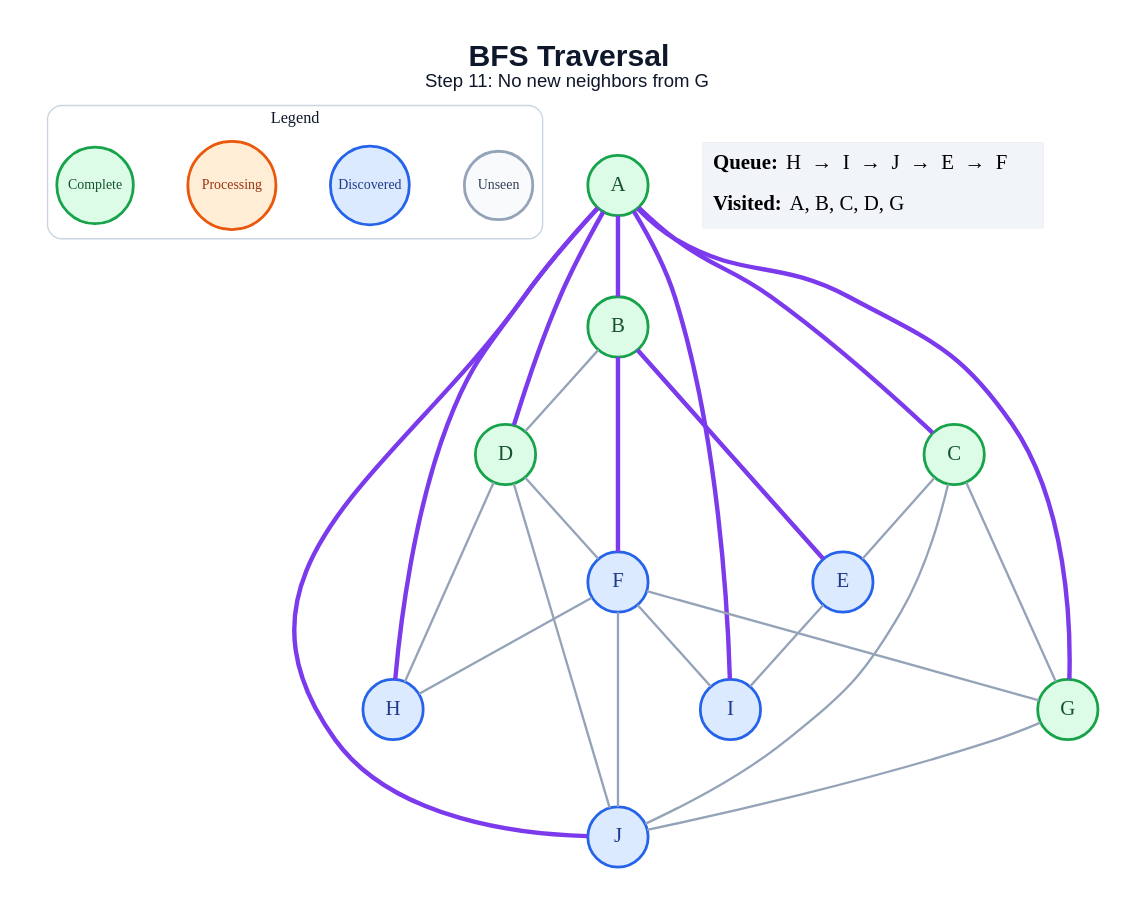
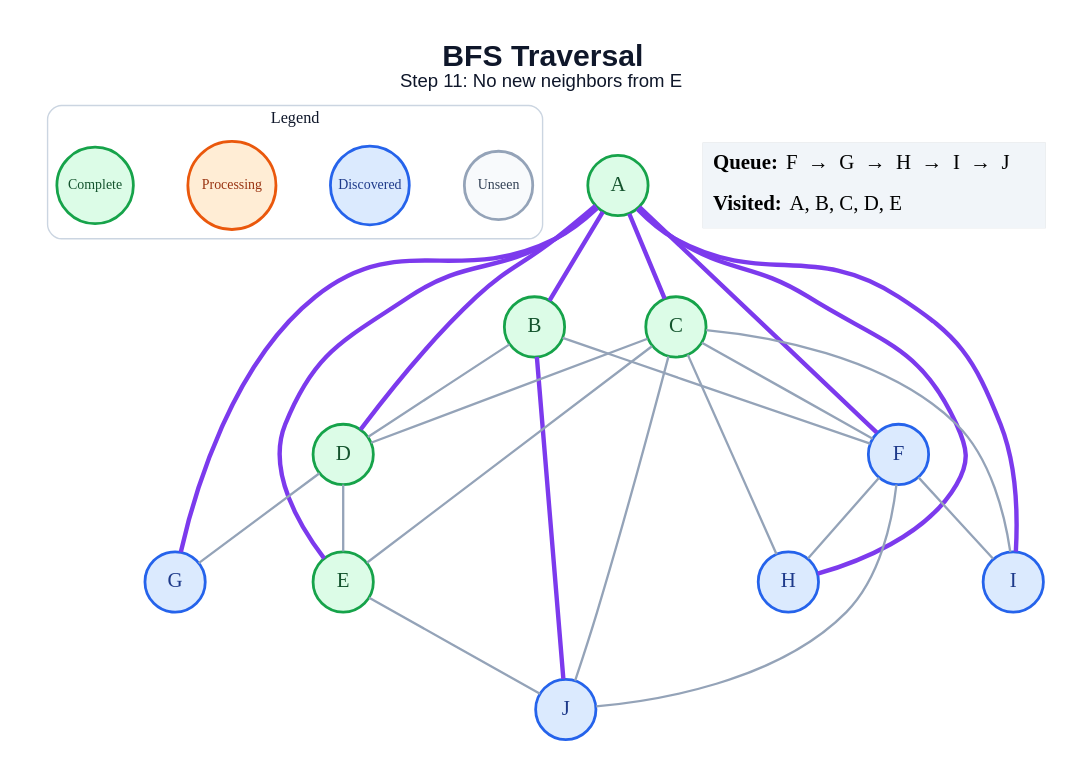
One commit to amanghodawala9/ai-slop changed the diagram in generated/bfs/step_11.dot. Above: the diagram before and after it, drawn with Graphviz. The commit also changed 178 other files, not shown here.

```diff
--- a/generated/bfs/step_11.dot
+++ b/generated/bfs/step_11.dot
@@ -1,51 +1,52 @@
 graph traversal {
   graph [layout=dot, rankdir=TB, bgcolor="#FFFFFF", pad="0.35", nodesep="0.65", ranksep="0.8", fontname="Arial"];
   node [shape=circle, style="filled", fontname="Arial Bold", fontsize=18, width=0.72, fixedsize=true, penwidth=2.4];
   edge [color="#94A3B8", penwidth=2.0];
-  label=<<B>BFS Traversal</B><BR/><FONT POINT-SIZE="16">Step 11: No new neighbors from G</FONT>>; labelloc="t"; fontsize=26; fontname="Arial"; fontcolor="#0F172A";
+  label=<<B>BFS Traversal</B><BR/><FONT POINT-SIZE="16">Step 11: No new neighbors from E</FONT>>; labelloc="t"; fontsize=26; fontname="Arial"; fontcolor="#0F172A";
   subgraph cluster_legend { label="Legend"; color="#CBD5E1"; penwidth=1.2; style="rounded"; fontsize=14; fontname="Arial Bold";
     key_unseen [label="Unseen", fillcolor="#F8FAFC", color="#94A3B8", fontcolor="#334155", fontsize=12, width=0.82];
     key_frontier [label="Discovered", fillcolor="#DBEAFE", color="#2563EB", fontcolor="#1E3A8A", fontsize=12, width=0.95];
     key_current [label="Processing", fillcolor="#FFEDD5", color="#EA580C", fontcolor="#9A3412", fontsize=12, width=1.05];
     key_done [label="Complete", fillcolor="#DCFCE7", color="#16A34A", fontcolor="#14532D", fontsize=12, width=0.92];
     { rank=same; key_unseen; key_frontier; key_current; key_done; }
   }
   A [fillcolor="#DCFCE7", color="#16A34A", fontcolor="#14532D"];
   B [fillcolor="#DCFCE7", color="#16A34A", fontcolor="#14532D"];
   C [fillcolor="#DCFCE7", color="#16A34A", fontcolor="#14532D"];
   D [fillcolor="#DCFCE7", color="#16A34A", fontcolor="#14532D"];
-  E [fillcolor="#DBEAFE", color="#2563EB", fontcolor="#1E3A8A"];
+  E [fillcolor="#DCFCE7", color="#16A34A", fontcolor="#14532D"];
   F [fillcolor="#DBEAFE", color="#2563EB", fontcolor="#1E3A8A"];
-  G [fillcolor="#DCFCE7", color="#16A34A", fontcolor="#14532D"];
+  G [fillcolor="#DBEAFE", color="#2563EB", fontcolor="#1E3A8A"];
   H [fillcolor="#DBEAFE", color="#2563EB", fontcolor="#1E3A8A"];
   I [fillcolor="#DBEAFE", color="#2563EB", fontcolor="#1E3A8A"];
   J [fillcolor="#DBEAFE", color="#2563EB", fontcolor="#1E3A8A"];
   A -- B [color="#7C3AED", penwidth=3.8];
   A -- C [color="#7C3AED", penwidth=3.8];
   A -- D [color="#7C3AED", penwidth=3.8];
+  A -- E [color="#7C3AED", penwidth=3.8];
+  A -- F [color="#7C3AED", penwidth=3.8];
   A -- G [color="#7C3AED", penwidth=3.8];
   A -- H [color="#7C3AED", penwidth=3.8];
   A -- I [color="#7C3AED", penwidth=3.8];
-  A -- J [color="#7C3AED", penwidth=3.8];
   B -- D;
-  B -- E [color="#7C3AED", penwidth=3.8];
-  B -- F [color="#7C3AED", penwidth=3.8];
+  B -- F;
+  B -- J [color="#7C3AED", penwidth=3.8];
+  C -- D;
   C -- E;
-  C -- G;
+  C -- F;
+  C -- H;
+  C -- I;
   C -- J;
-  D -- F;
-  D -- H;
-  D -- J;
-  E -- I;
-  F -- G;
+  D -- E;
+  D -- G;
+  E -- J;
   F -- H;
   F -- I;
   F -- J;
-  G -- J;
   status [shape=plain, fixedsize=false, width=0, height=0, margin=0, label=<
     <TABLE BORDER="0" CELLBORDER="0" CELLPADDING="7" BGCOLOR="#F1F5F9">
-      <TR><TD ALIGN="LEFT"><B>Queue:</B> H  →  I  →  J  →  E  →  F</TD></TR>
-      <TR><TD ALIGN="LEFT"><B>Visited:</B> A, B, C, D, G</TD></TR>
+      <TR><TD ALIGN="LEFT"><B>Queue:</B> F  →  G  →  H  →  I  →  J</TD></TR>
+      <TR><TD ALIGN="LEFT"><B>Visited:</B> A, B, C, D, E</TD></TR>
     </TABLE>
   >];
 }
```
